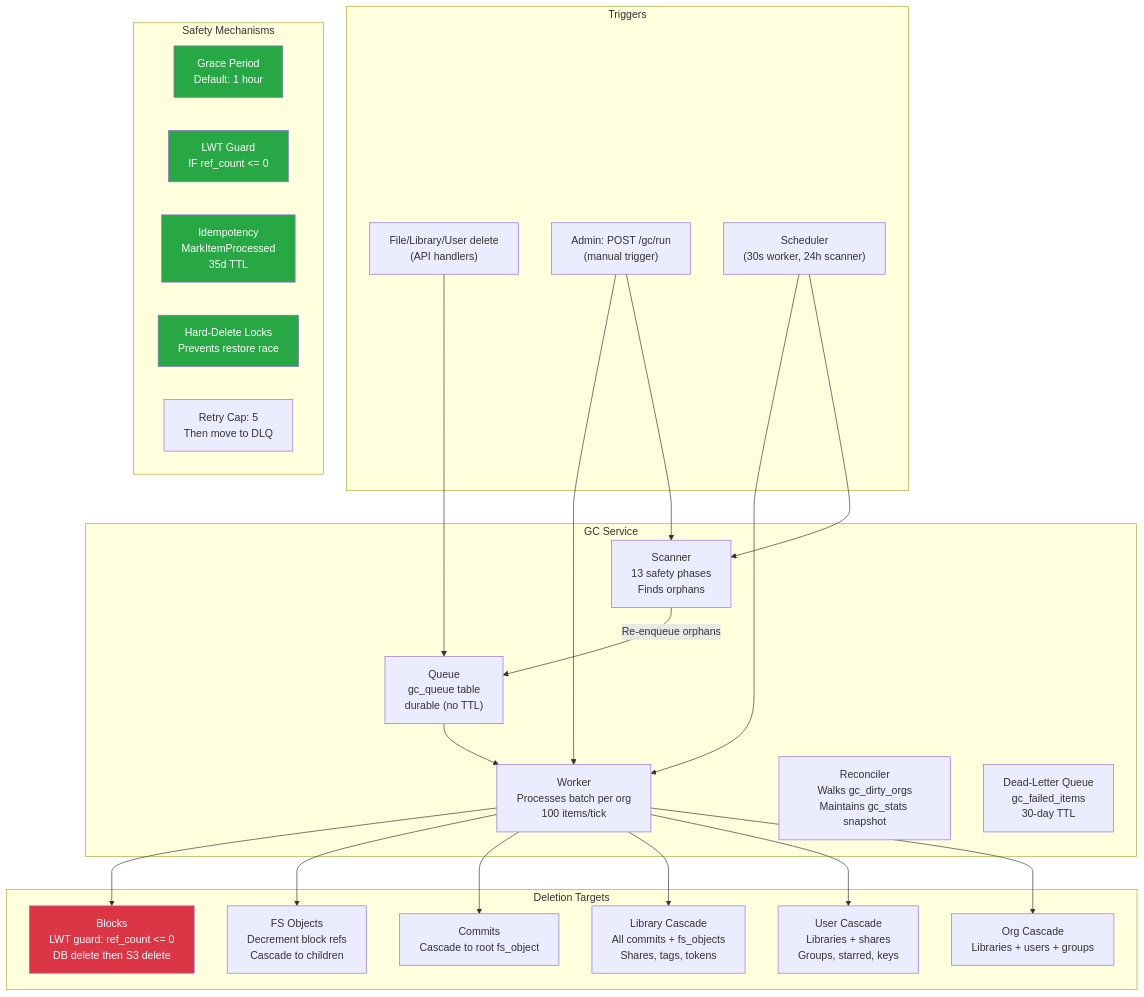
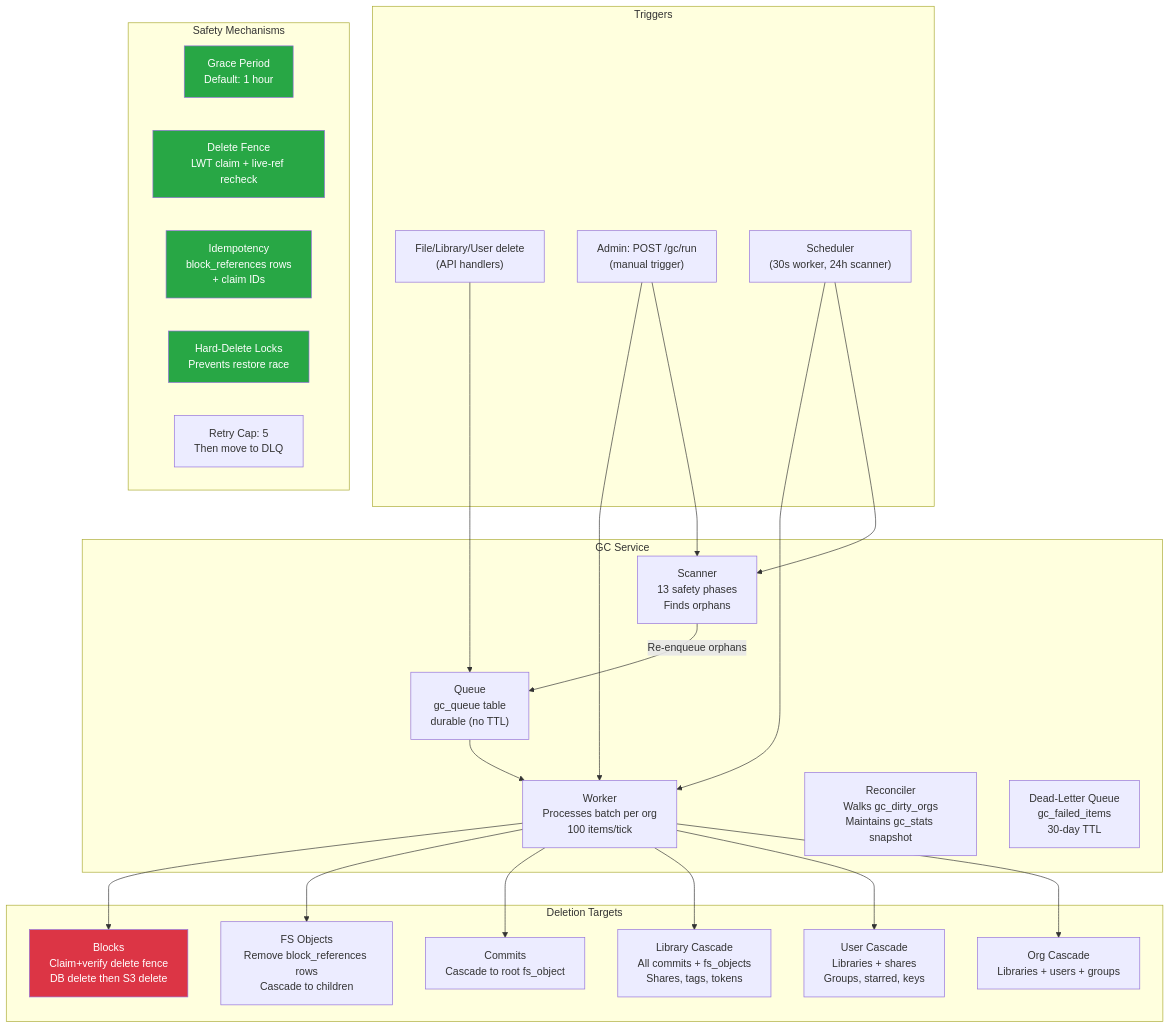
Before and after one commit to Sesame-Disk/cool-storage-api: the diagram in docs/GC-SERVICE-ANALYSIS.md, drawn with Mermaid. The commit also changed other lines of this file and 13 other files, not shown here.

````diff
--- a/docs/GC-SERVICE-ANALYSIS.md
+++ b/docs/GC-SERVICE-ANALYSIS.md
@@ -12,53 +12,53 @@
 ```mermaid
 flowchart TD
     subgraph Triggers["Triggers"]
         API["File/Library/User delete<br/>(API handlers)"]
         Admin["Admin: POST /gc/run<br/>(manual trigger)"]
         Timer["Scheduler<br/>(30s worker, 24h scanner)"]
     end
 
     subgraph Service["GC Service"]
         Queue["Queue<br/>gc_queue table<br/>durable (no TTL)"]
         Worker["Worker<br/>Processes batch per org<br/>100 items/tick"]
         Scanner["Scanner<br/>13 safety phases<br/>Finds orphans"]
         Reconciler["Reconciler<br/>Walks gc_dirty_orgs<br/>Maintains gc_stats snapshot"]
         DLQ["Dead-Letter Queue<br/>gc_failed_items<br/>30-day TTL"]
     end
 
     subgraph Targets["Deletion Targets"]
-        Blocks["Blocks<br/>LWT guard: ref_count <= 0<br/>DB delete then S3 delete"]
-        FSObj["FS Objects<br/>Decrement block refs<br/>Cascade to children"]
+      Blocks["Blocks<br/>Claim+verify delete fence<br/>DB delete then S3 delete"]
+      FSObj["FS Objects<br/>Remove block_references rows<br/>Cascade to children"]
         Commits["Commits<br/>Cascade to root fs_object"]
         Libs["Library Cascade<br/>All commits + fs_objects<br/>Shares, tags, tokens"]
         Users["User Cascade<br/>Libraries + shares<br/>Groups, starred, keys"]
         Orgs["Org Cascade<br/>Libraries + users + groups"]
     end
 
     subgraph Safety["Safety Mechanisms"]
         Grace["Grace Period<br/>Default: 1 hour"]
-        LWT["LWT Guard<br/>IF ref_count <= 0"]
-            Idempotent["Idempotency<br/>MarkItemProcessed<br/>35d TTL"]
+      LWT["Delete Fence<br/>LWT claim + live-ref recheck"]
+         Idempotent["Idempotency<br/>block_references rows<br/>+ claim IDs"]
         Lock["Hard-Delete Locks<br/>Prevents restore race"]
         Retry["Retry Cap: 5<br/>Then move to DLQ"]
     end
 
     API --> Queue
     Timer --> Worker
     Timer --> Scanner
     Admin --> Worker
     Admin --> Scanner
     Scanner -->|"Re-enqueue orphans"| Queue
     Queue --> Worker
     Worker --> Blocks
     Worker --> FSObj
     Worker --> Commits
     Worker --> Libs
     Worker --> Users
     Worker --> Orgs
 
     style Blocks fill:#dc3545,color:#fff
     style Grace fill:#28a745,color:#fff
     style LWT fill:#28a745,color:#fff
     style Idempotent fill:#28a745,color:#fff
     style Lock fill:#28a745,color:#fff
 ```
````
